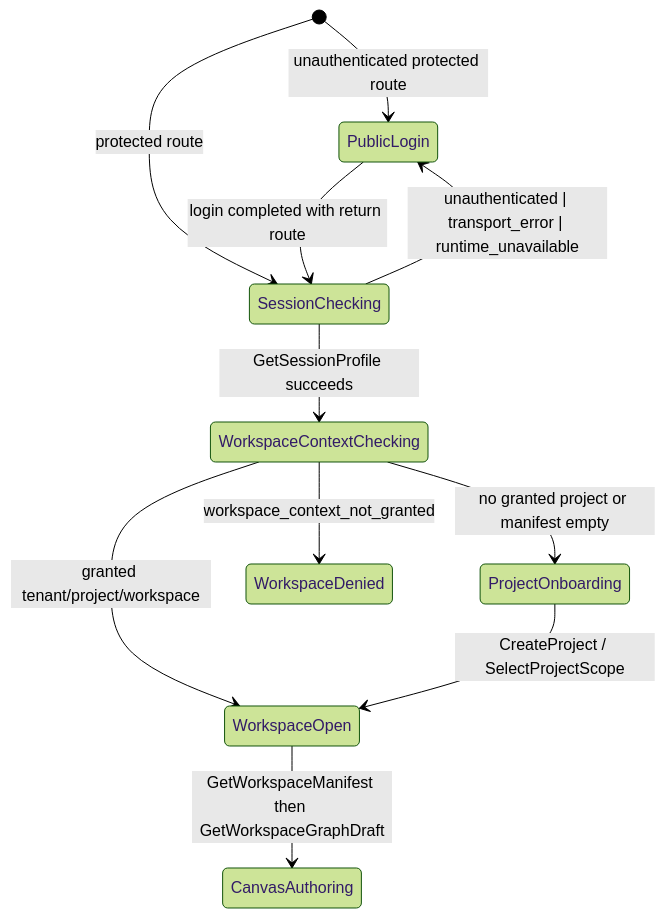
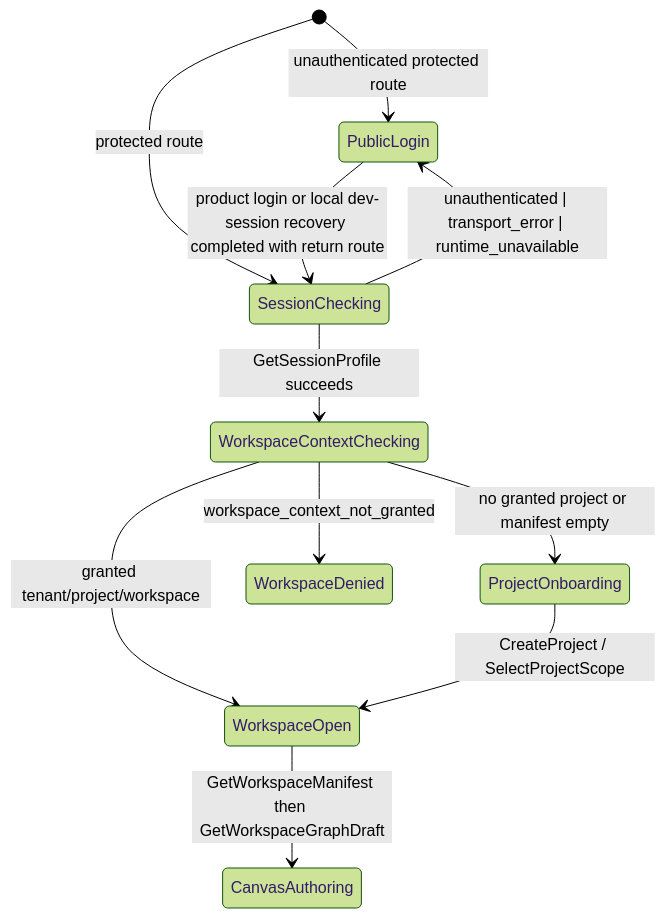
One commit to dunay2/dvt changed the first of 2 diagrams in docs/architecture/components/web/appshell/web-auth-project-onboarding-component.md. Above: the diagram before and after it, drawn with Mermaid (forest theme). The commit also changed other lines of this file and 5 other files, not shown here.

Commit message:
fix(web): Recover local bearer session from login

````diff
--- a/docs/architecture/components/web/appshell/web-auth-project-onboarding-component.md
+++ b/docs/architecture/components/web/appshell/web-auth-project-onboarding-component.md
@@ -58,13 +59,13 @@
 ```mermaid
 stateDiagram-v2
   [*] --> PublicLogin: unauthenticated protected route
   [*] --> SessionChecking: protected route
-  PublicLogin --> SessionChecking: login completed with return route
+  PublicLogin --> SessionChecking: product login or local dev-session recovery completed with return route
   SessionChecking --> WorkspaceContextChecking: GetSessionProfile succeeds
   SessionChecking --> PublicLogin: unauthenticated | transport_error | runtime_unavailable
   WorkspaceContextChecking --> ProjectOnboarding: no granted project or manifest empty
   WorkspaceContextChecking --> WorkspaceDenied: workspace_context_not_granted
   WorkspaceContextChecking --> WorkspaceOpen: granted tenant/project/workspace
   ProjectOnboarding --> WorkspaceOpen: CreateProject / SelectProjectScope
   WorkspaceOpen --> CanvasAuthoring: GetWorkspaceManifest then GetWorkspaceGraphDraft
 ```
````
